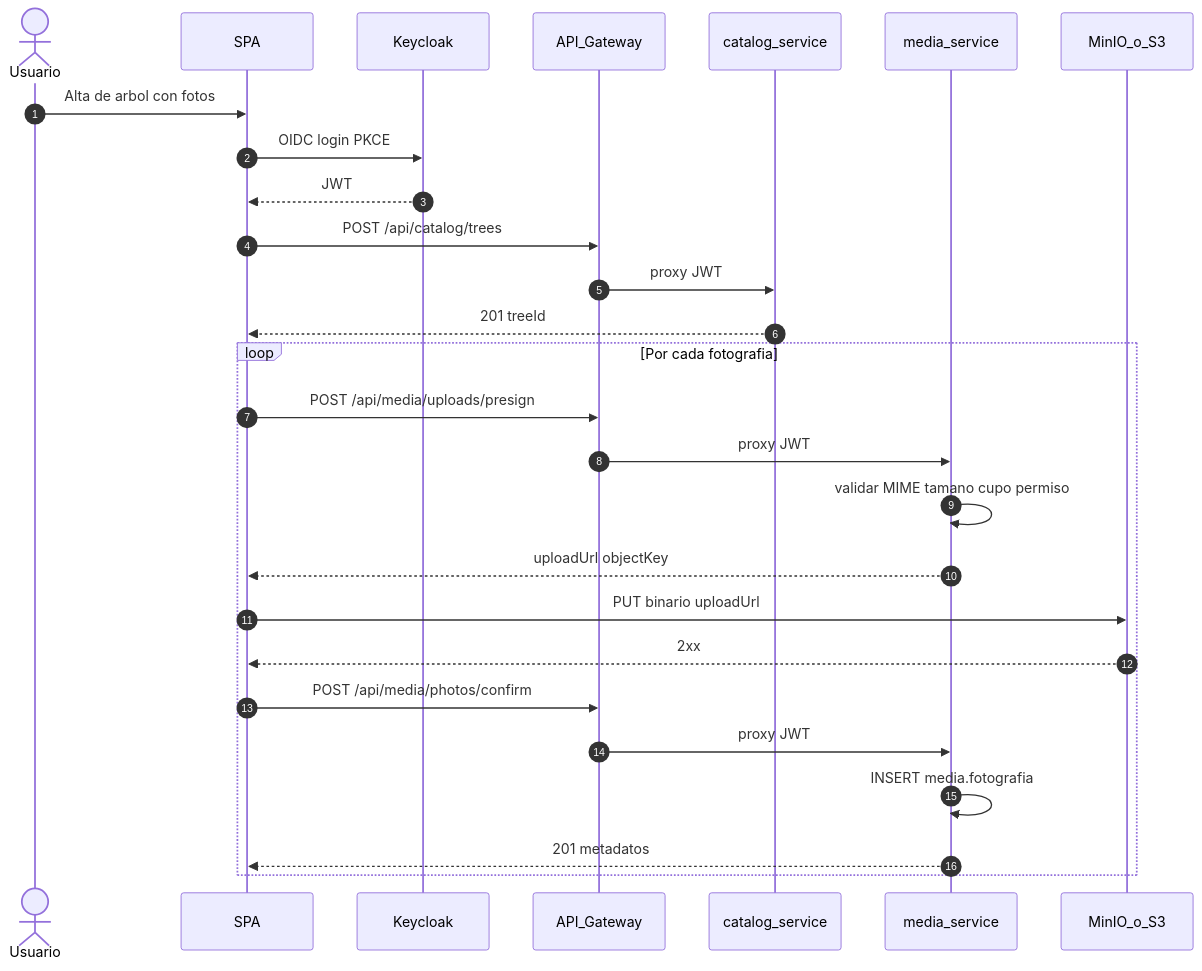
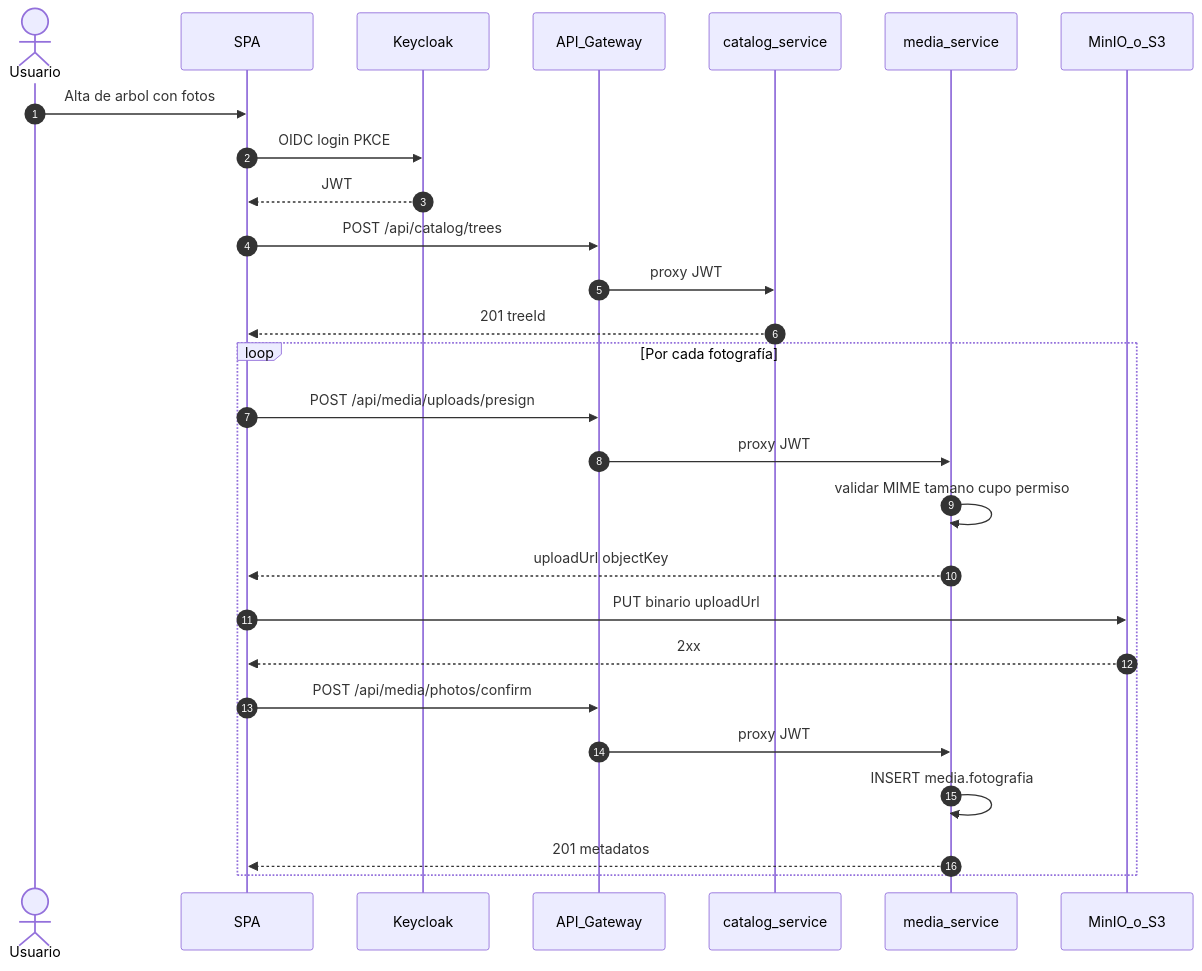
Before and after one commit to ldefrutos1/AI4Devs-finalproject: diagram 11 of 19 in readme.md, drawn with Mermaid. The commit also changed other lines of this file and 10 other files, not shown here.

````diff
--- a/readme.md
+++ b/readme.md
@@ -763,34 +763,34 @@
 ```mermaid
 sequenceDiagram
   autonumber
   actor U as Usuario
   participant SPA as SPA
   participant KC as Keycloak
   participant GW as API_Gateway
   participant CAT as catalog_service
   participant MS as media_service
   participant OBJ as MinIO_o_S3
 
   U->>SPA: Alta de arbol con fotos
   SPA->>KC: OIDC login PKCE
   KC-->>SPA: JWT
 
   SPA->>GW: POST /api/catalog/trees
   GW->>CAT: proxy JWT
   CAT-->>SPA: 201 treeId
 
-  loop Por cada fotografia
+  loop Por cada fotografía
     SPA->>GW: POST /api/media/uploads/presign
     GW->>MS: proxy JWT
     MS->>MS: validar MIME tamano cupo permiso
     MS-->>SPA: uploadUrl objectKey
 
     SPA->>OBJ: PUT binario uploadUrl
     OBJ-->>SPA: 2xx
 
     SPA->>GW: POST /api/media/photos/confirm
     GW->>MS: proxy JWT
     MS->>MS: INSERT media.fotografia
     MS-->>SPA: 201 metadatos
   end
 ```
````
